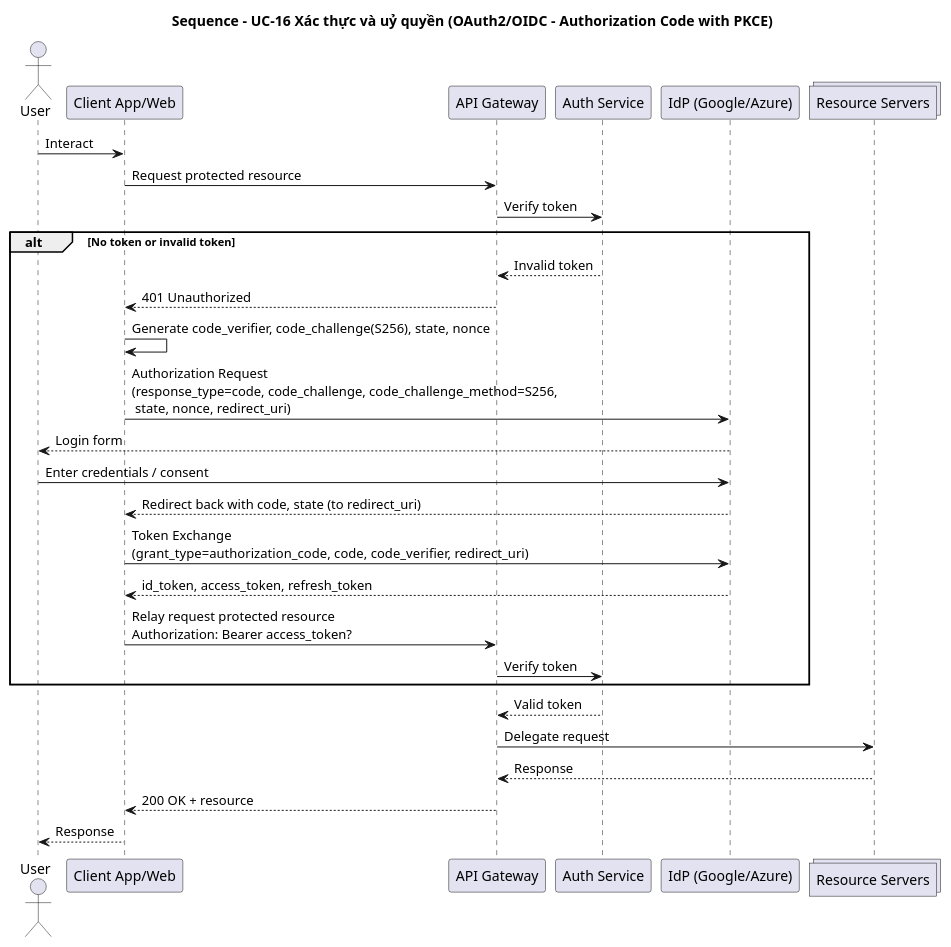
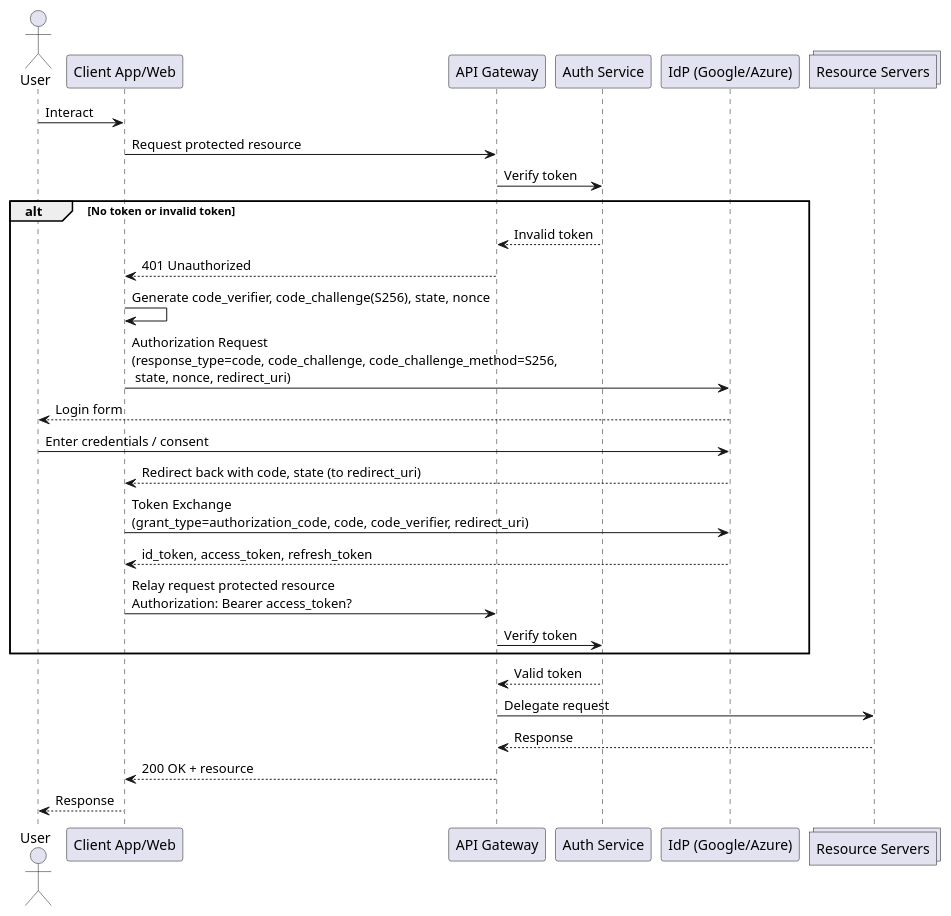
The diagram in docs/uml/sequence/sequence_uc16_authorization.puml (phuongbv00/hust-bus-stop), drawn with PlantUML before and after one commit. The commit also changed 25 other files, not shown here.

Commit message:
docs: update diagrams

```diff
--- a/docs/uml/sequence/sequence_uc16_authorization.puml
+++ b/docs/uml/sequence/sequence_uc16_authorization.puml
@@ -1,33 +1,32 @@
 @startuml
-title Sequence - UC-16 Xác thực và uỷ quyền (OAuth2/OIDC - Authorization Code with PKCE)
 actor "User" as User
 participant "Client App/Web" as Client
 participant "API Gateway" as API
 participant "Auth Service" as Auth
 participant "IdP (Google/Azure)" as IdP
 collections "Resource Servers" as ResourceServer
 
 User -> Client : Interact
 
 Client -> API: Request protected resource
 API -> Auth: Verify token
 
 alt No token or invalid token
   Auth --> API: Invalid token
   API --> Client: 401 Unauthorized
   Client -> Client : Generate code_verifier, code_challenge(S256), state, nonce
   Client -> IdP : Authorization Request\n(response_type=code, code_challenge, code_challenge_method=S256,\n state, nonce, redirect_uri)
   IdP --> User : Login form
   User -> IdP : Enter credentials / consent
   IdP --> Client : Redirect back with code, state (to redirect_uri)
   Client -> IdP : Token Exchange\n(grant_type=authorization_code, code, code_verifier, redirect_uri)
   IdP --> Client : id_token, access_token, refresh_token
   Client -> API : Relay request protected resource \nAuthorization: Bearer access_token?
   API -> Auth : Verify token
 end
 Auth --> API: Valid token
 API -> ResourceServer : Delegate request
 ResourceServer --> API : Response
 API --> Client : 200 OK + resource
 Client --> User : Response
 @enduml
```
